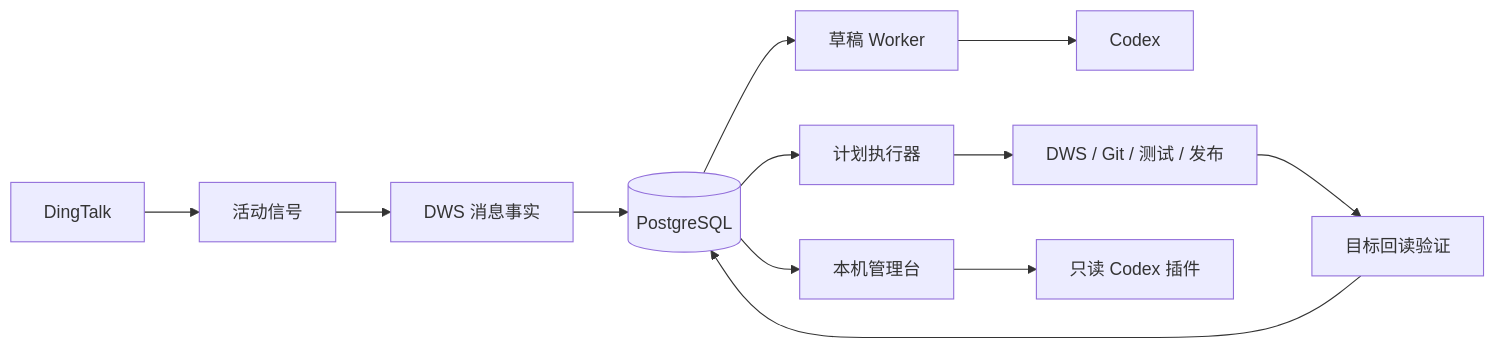
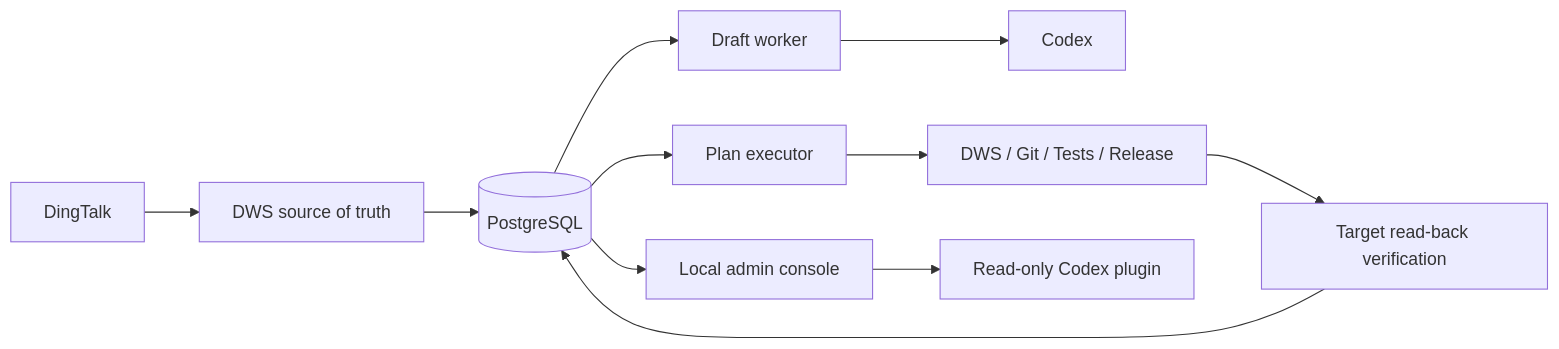
One commit to ruiwang20010702/ai-employee changed the second of 2 diagrams in README.md. Above: the diagram before and after it, drawn with Mermaid. The commit also changed other lines of this file and 14 other files, not shown here.

````diff
--- a/README.md
+++ b/README.md
@@ -189,14 +98,13 @@
 ```mermaid
 flowchart LR
-    DT["DingTalk"] --> SIG["活动信号"]
-    SIG --> DWS["DWS 消息事实"]
+    DT["DingTalk"] --> DWS["DWS source of truth"]
     DWS --> DB[("PostgreSQL")]
-    DB --> WORKER["草稿 Worker"]
-    WORKER --> CODEX["Codex"]
-    DB --> EXEC["计划执行器"]
-    EXEC --> TOOLS["DWS / Git / 测试 / 发布"]
-    TOOLS --> VERIFY["目标回读验证"]
-    VERIFY --> DB
-    DB --> ADMIN["本机管理台"]
-    ADMIN --> MCP["只读 Codex 插件"]
+    DB --> W["Draft worker"]
+    W --> C["Codex"]
+    DB --> E["Plan executor"]
+    E --> T["DWS / Git / Tests / Release"]
+    T --> V["Target read-back verification"]
+    V --> DB
+    DB --> A["Local admin console"]
+    A --> M["Read-only Codex plugin"]
 ```
````
